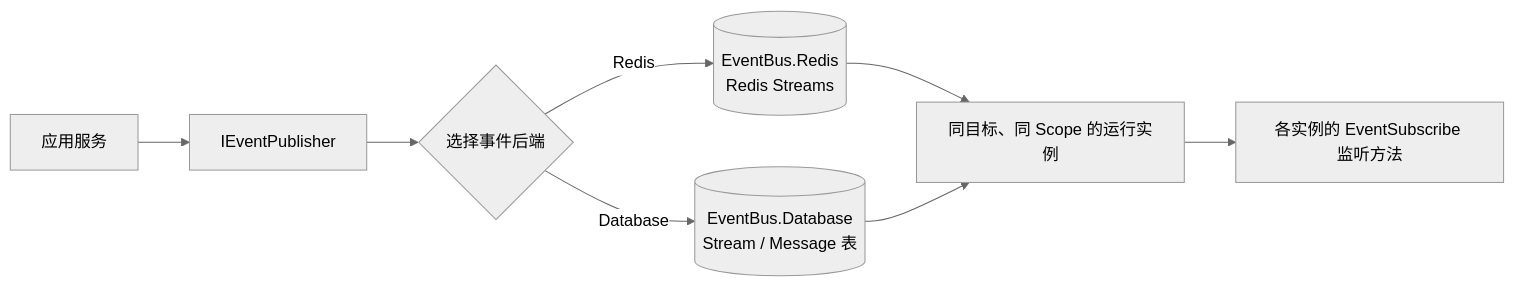
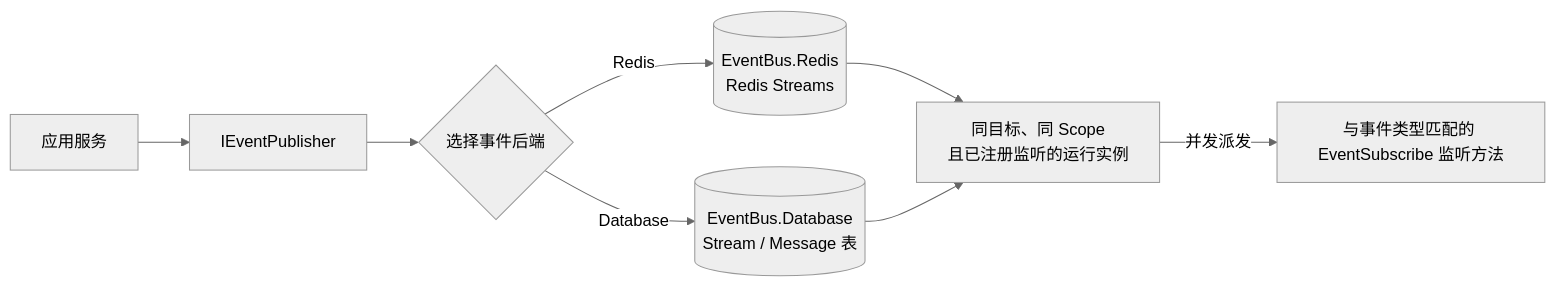
One commit to dashiell-zhang/NetEngine changed the ninth of 12 diagrams in Docs/ArchitectureDiagrams.md. Above: the diagram before and after it, drawn with Mermaid (neutral theme). The commit also changed 9 other files, not shown here.

Commit message:
feat: 并发派发 EventBus 监听并完善启动、停机与 Redis 校验

````diff
--- a/Docs/ArchitectureDiagrams.md
+++ b/Docs/ArchitectureDiagrams.md
@@ -248,10 +248,10 @@
 ```mermaid
 flowchart LR
     App["应用服务"] --> Publisher["IEventPublisher"]
     Publisher --> Backend{"选择事件后端"}
     Backend -->|Redis| Redis[("EventBus.Redis<br/>Redis Streams")]
     Backend -->|Database| Database[("EventBus.Database<br/>Stream / Message 表")]
-    Redis --> Instances["同目标、同 Scope 的运行实例"]
+    Redis --> Instances["同目标、同 Scope<br/>且已注册监听的运行实例"]
     Database --> Instances
-    Instances --> Listeners["各实例的 EventSubscribe 监听方法"]
+    Instances -->|并发派发| Listeners["与事件类型匹配的 EventSubscribe 监听方法"]
 ```
````
